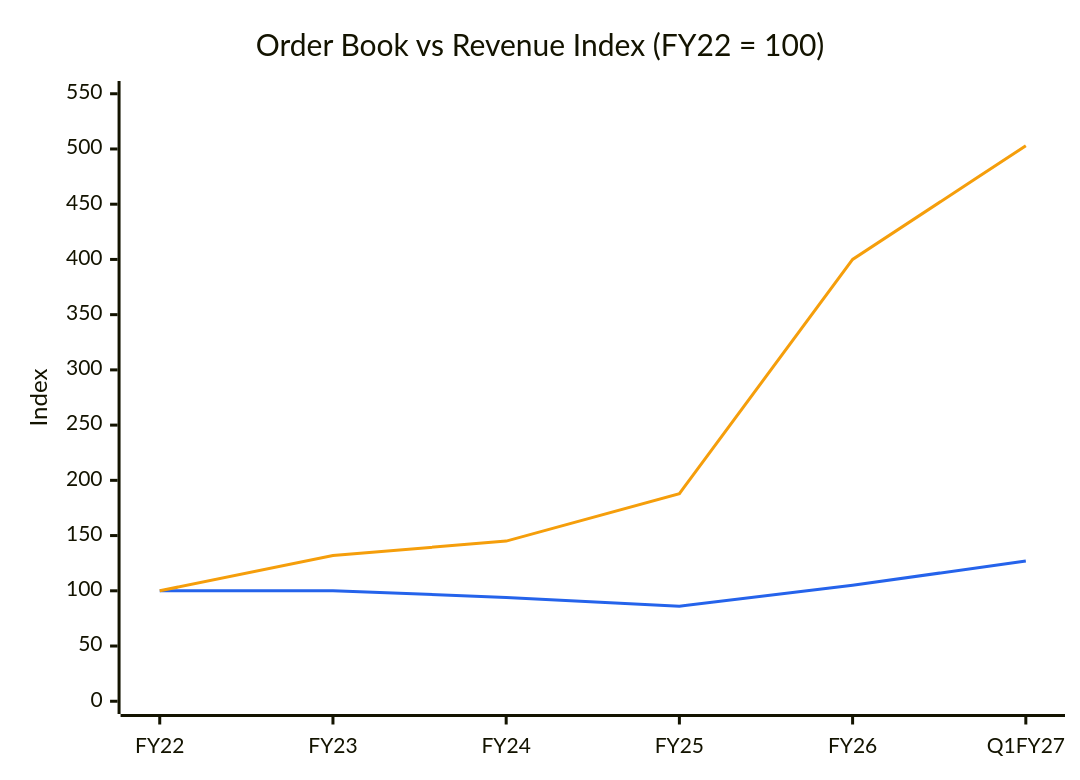
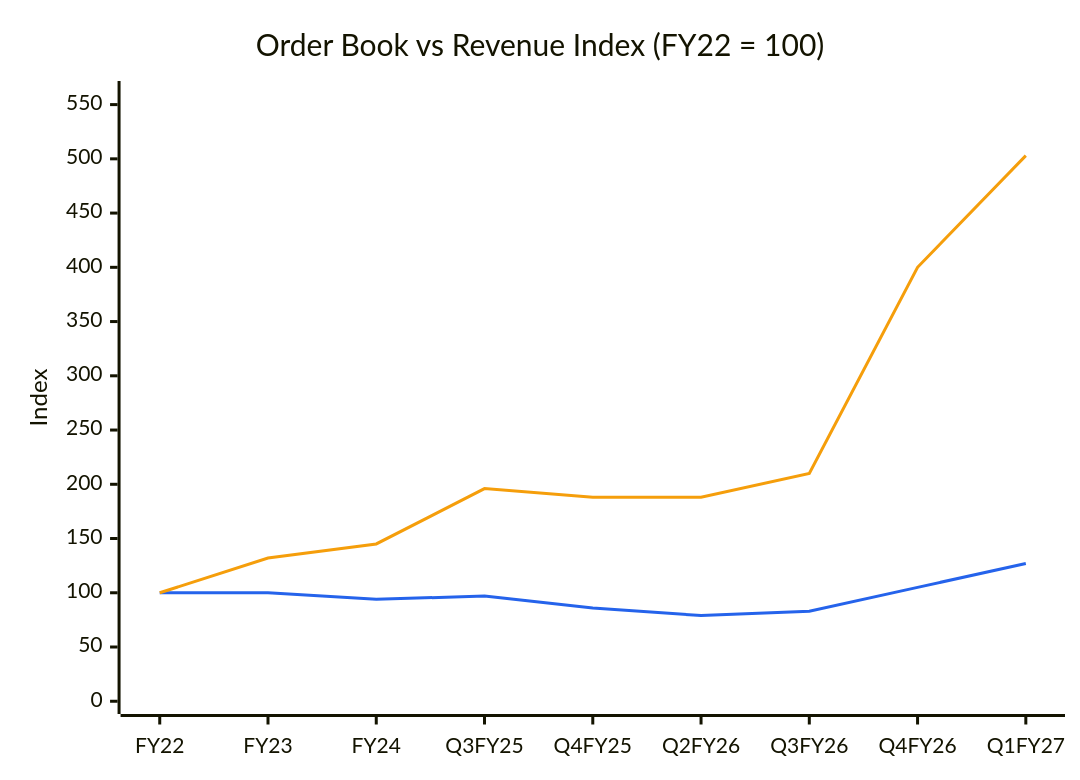
One commit to Anubhavsingh13/Stock-Analysis changed the tenth of 19 diagrams in HFCL_HimachalFuturistic_2026-10-09.md. Above: the diagram before and after it, drawn with Mermaid. The commit also changed other lines of this file and 3 other files, not shown here.

````diff
--- a/HFCL_HimachalFuturistic_2026-10-09.md
+++ b/HFCL_HimachalFuturistic_2026-10-09.md
@@ -330,9 +379,9 @@
 ```mermaid
 %%{init: {"themeVariables": {"xyChart": {"plotColorPalette": "#2563eb, #f59e0b"}}}}%%
 xychart-beta
     title "Order Book vs Revenue Index (FY22 = 100)"
-    x-axis [FY22, FY23, FY24, FY25, FY26, Q1FY27]
-    y-axis "Index" 0 --> 550
-    line [100, 100, 94, 86, 105, 127]
-    line [100, 132, 145, 188, 400, 503]
+    x-axis [FY22, FY23, FY24, Q3FY25, Q4FY25, Q2FY26, Q3FY26, Q4FY26, Q1FY27]
+    y-axis "Index" 0 --> 560
+    line [100, 100, 94, 97, 86, 79, 83, 105, 127]
+    line [100, 132, 145, 196, 188, 188, 210, 400, 503]
 ```
````
